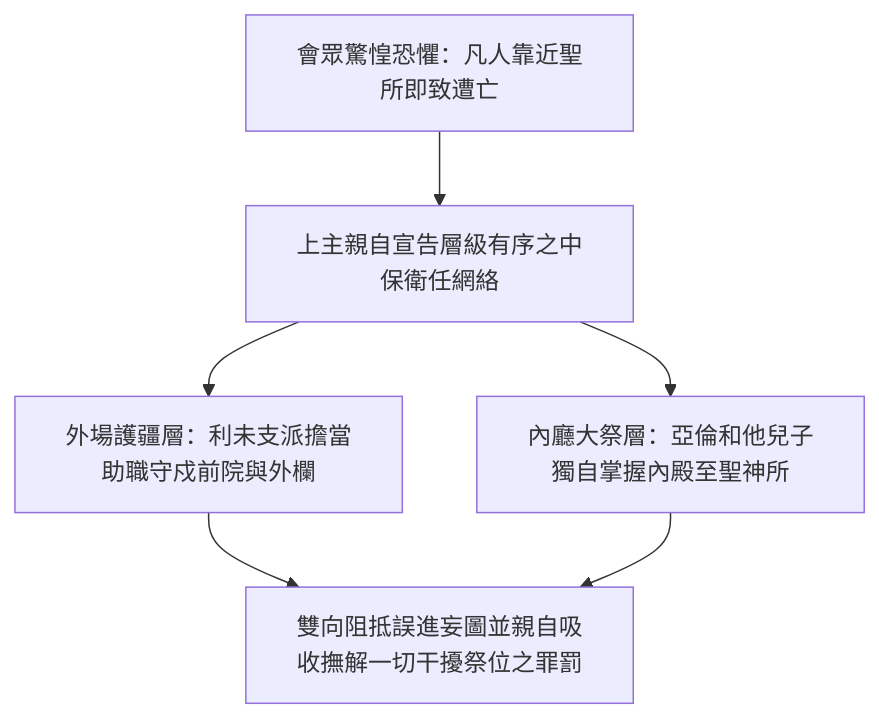
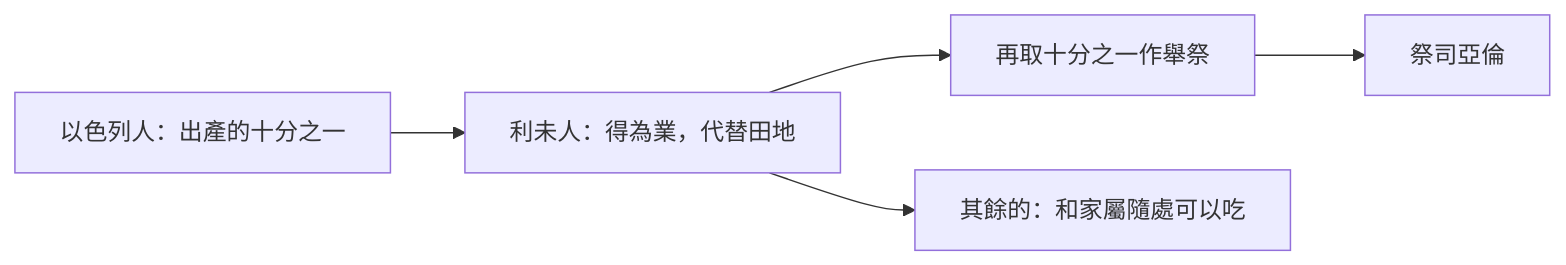
Before and after one commit to andyjr5566/Bible_wiki_zh_website: the diagram in content/04 民數記/第18章.md, drawn with Mermaid. The commit also changed other lines of this file and 517 other files, not shown here.

````diff
--- a/content/04 民數記/第18章.md
+++ b/content/04 民數記/第18章.md
@@ -76,7 +198,7 @@
 ```mermaid
-flowchart TD
-    A["會眾驚惶恐懼：凡人靠近聖所即致遭亡"] --> B["上主親自宣告層級有序之中保衛任網絡"]
-    B --> C["外場護疆層：利未支派擔當助職守戍前院與外欄"]
-    B --> D["內廳大祭層：亞倫和他兒子獨自掌握內殿至聖神所"]
-    C & D --> E["雙向阻抵誤進妄圖並親自吸收撫解一切干擾祭位之罪罰"]
+flowchart LR
+    A["以色列人：出產的十分之一"] --> B["利未人：得為業，代替田地"]
+    B --> C["再取十分之一作舉祭"]
+    C --> D["祭司亞倫"]
+    B --> E["其餘的：和家屬隨處可以吃"]
 ```
````
